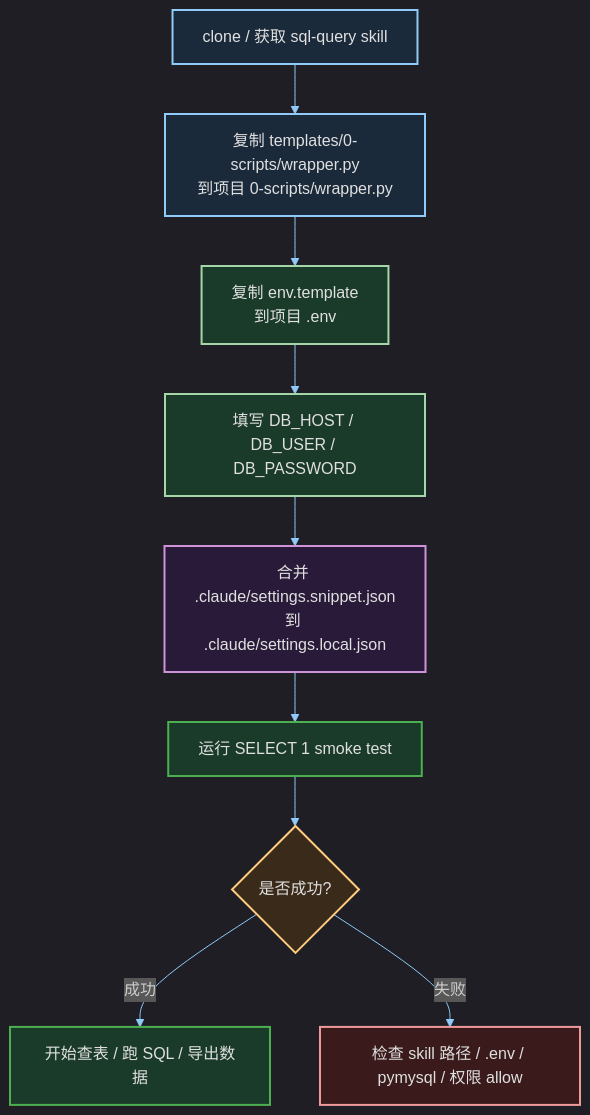
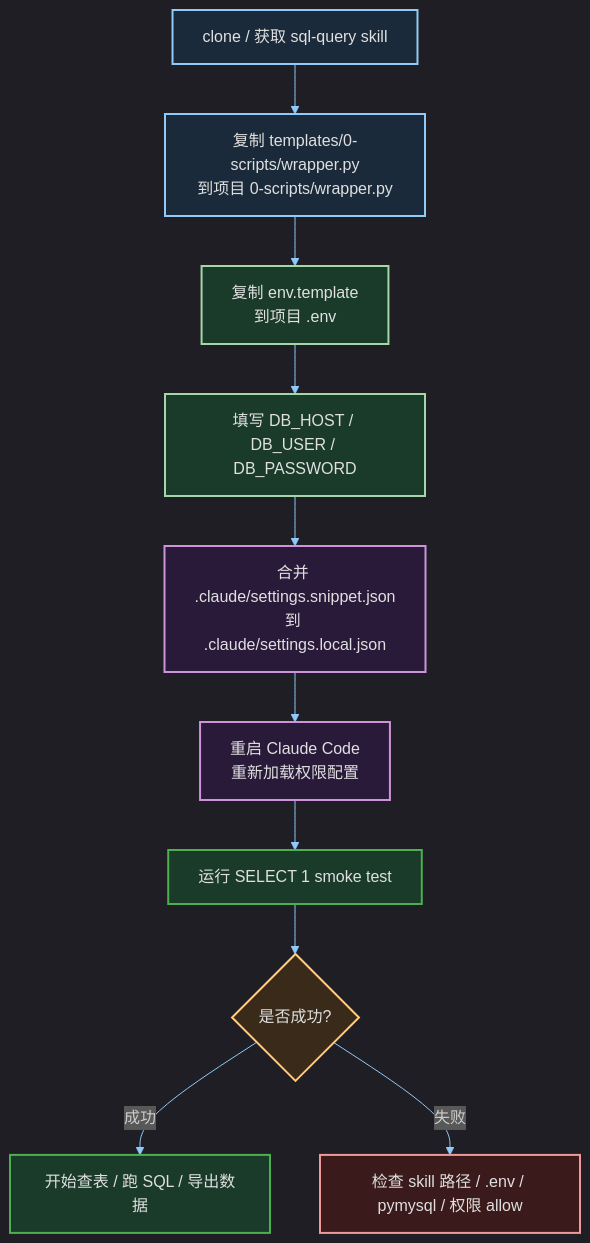
The second of 2 diagrams in README.md (yeyangchen2009/sql-query), drawn with Mermaid before and after one commit. The commit also changed other lines of this file, not shown here.

First line of the commit message:
补充 Claude Code 权限重载说明

````diff
--- a/README.md
+++ b/README.md
@@ -191,22 +196,24 @@
 ```mermaid
 %%{init: {"theme":"dark","themeVariables":{"primaryColor":"#1a2a3a","primaryBorderColor":"#90caf9","primaryTextColor":"#e0e0e0","lineColor":"#90caf9","secondaryColor":"#1a3a2a","tertiaryColor":"#2a1a3a","actorBkg":"#1a2a3a","actorBorder":"#90caf9","actorTextColor":"#e0e0e0","activationBkgColor":"#1a3a2a","activationBorderColor":"#a5d6a7","signalColor":"#e0e0e0","signalTextColor":"#e0e0e0","noteBkgColor":"#3a2a1a","noteTextColor":"#e0e0e0"}}}%%
 flowchart TD
     A["clone / 获取 sql-query skill"] --> B["复制 templates/0-scripts/wrapper.py<br/>到项目 0-scripts/wrapper.py"]
     B --> C["复制 env.template<br/>到项目 .env"]
     C --> D["填写 DB_HOST / DB_USER / DB_PASSWORD"]
     D --> E["合并 .claude/settings.snippet.json<br/>到 .claude/settings.local.json"]
-    E --> F["运行 SELECT 1 smoke test"]
+    E --> R["重启 Claude Code<br/>重新加载权限配置"]
+    R --> F["运行 SELECT 1 smoke test"]
     F --> G{"是否成功?"}
     G -->|"成功"| H["开始查表 / 跑 SQL / 导出数据"]
     G -->|"失败"| I["检查 skill 路径 / .env / pymysql / 权限 allow"]
 
     style A fill:#1a2a3a,stroke:#90caf9,stroke-width:2px,color:#e0e0e0
     style B fill:#1a2a3a,stroke:#90caf9,stroke-width:2px,color:#e0e0e0
     style C fill:#1a3a2a,stroke:#a5d6a7,stroke-width:2px,color:#e0e0e0
     style D fill:#1a3a2a,stroke:#a5d6a7,stroke-width:2px,color:#e0e0e0
     style E fill:#2a1a3a,stroke:#ce93d8,stroke-width:2px,color:#e0e0e0
+    style R fill:#2a1a3a,stroke:#ce93d8,stroke-width:2px,color:#e0e0e0
     style F fill:#1a3a2a,stroke:#4caf50,stroke-width:2px,color:#e0e0e0
     style G fill:#3a2a1a,stroke:#ffcc80,stroke-width:2px,color:#e0e0e0
     style H fill:#1a3a2a,stroke:#4caf50,stroke-width:2px,color:#e0e0e0
     style I fill:#3a1a1a,stroke:#ef9a9a,stroke-width:2px,color:#e0e0e0
 ```
````
